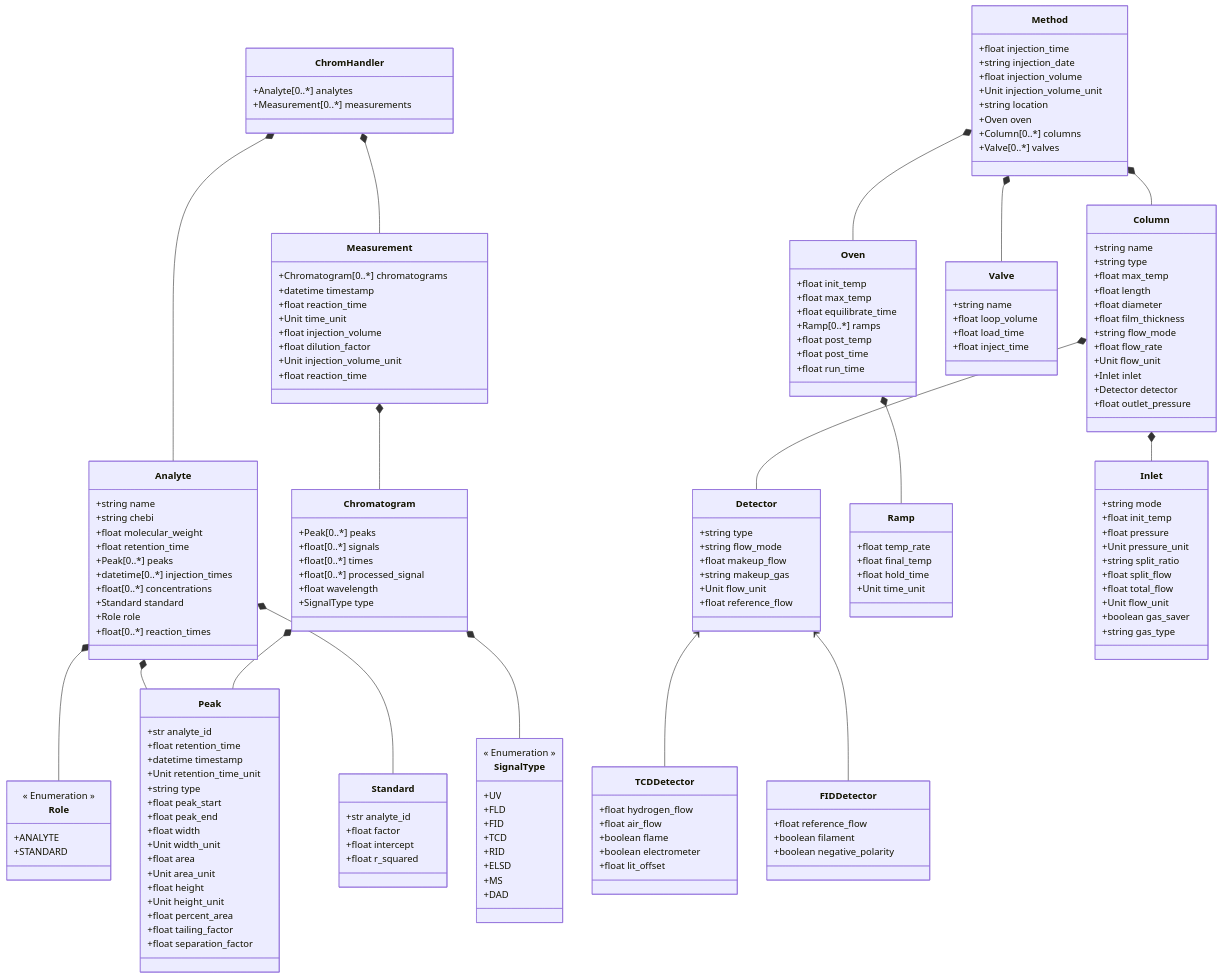
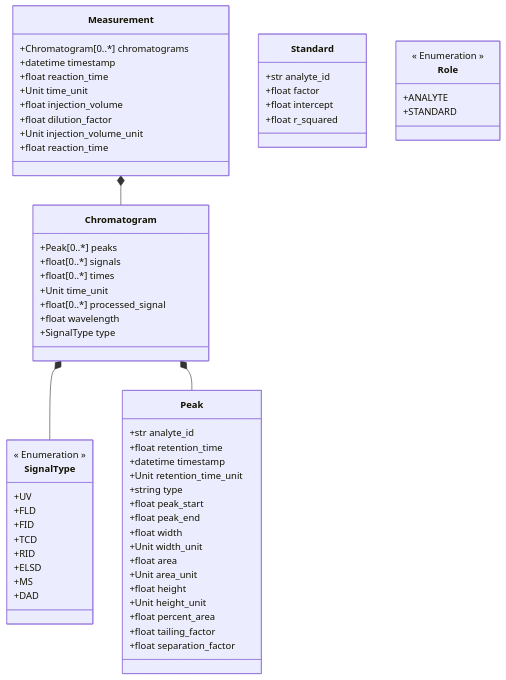
One commit to FAIRChemistry/chromatopy changed the diagram in chromatopy/schemes/chromatopy_schema.md. Above: the diagram before and after it, drawn with Mermaid. The commit also changed 634 other files, not shown here.

````diff
--- a/chromatopy/schemes/chromatopy_schema.md
+++ b/chromatopy/schemes/chromatopy_schema.md
@@ -1,39 +1,8 @@
 ```mermaid
 classDiagram
-    Detector <-- TCDDetector
-    Detector <-- FIDDetector
-    ChromHandler *-- Analyte
-    ChromHandler *-- Measurement
-    Analyte *-- Role
-    Analyte *-- Peak
-    Analyte *-- Standard
     Measurement *-- Chromatogram
     Chromatogram *-- SignalType
     Chromatogram *-- Peak
-    Method *-- Oven
-    Method *-- Column
-    Method *-- Valve
-    Oven *-- Ramp
-    Column *-- Inlet
-    Column *-- Detector
-    
-    class ChromHandler {
-        +Analyte[0..*] analytes
-        +Measurement[0..*] measurements
-    }
-    
-    class Analyte {
-        +string name
-        +string chebi
-        +float molecular_weight
-        +float retention_time
-        +Peak[0..*] peaks
-        +datetime[0..*] injection_times
-        +float[0..*] concentrations
-        +Standard standard
-        +Role role
-        +float[0..*] reaction_times
-    }
     
     class Measurement {
         +Chromatogram[0..*] chromatograms
@@ -50,6 +19,7 @@
         +Peak[0..*] peaks
         +float[0..*] signals
         +float[0..*] times
+        +Unit time_unit
         +float[0..*] processed_signal
         +float wavelength
         +SignalType type
@@ -81,92 +51,6 @@
         +float r_squared
     }
     
-    class Method {
-        +float injection_time
-        +string injection_date
-        +float injection_volume
-        +Unit injection_volume_unit
-        +string location
-        +Oven oven
-        +Column[0..*] columns
-        +Valve[0..*] valves
-    }
-    
-    class Oven {
-        +float init_temp
-        +float max_temp
-        +float equilibrate_time
-        +Ramp[0..*] ramps
-        +float post_temp
-        +float post_time
-        +float run_time
-    }
-    
-    class Ramp {
-        +float temp_rate
-        +float final_temp
-        +float hold_time
-        +Unit time_unit
-    }
-    
-    class Inlet {
-        +string mode
-        +float init_temp
-        +float pressure
-        +Unit pressure_unit
-        +string split_ratio
-        +float split_flow
-        +float total_flow
-        +Unit flow_unit
-        +boolean gas_saver
-        +string gas_type
-    }
-    
-    class Column {
-        +string name
-        +string type
-        +float max_temp
-        +float length
-        +float diameter
-        +float film_thickness
-        +string flow_mode
-        +float flow_rate
-        +Unit flow_unit
-        +Inlet inlet
-        +Detector detector
-        +float outlet_pressure
-    }
-    
-    class Detector {
-        +string type
-        +string flow_mode
-        +float makeup_flow
-        +string makeup_gas
-        +Unit flow_unit
-        +float reference_flow
-    }
-    
-    class TCDDetector {
-        +float hydrogen_flow
-        +float air_flow
-        +boolean flame
-        +boolean electrometer
-        +float lit_offset
-    }
-    
-    class FIDDetector {
-        +float reference_flow
-        +boolean filament
-        +boolean negative_polarity
-    }
-    
-    class Valve {
-        +string name
-        +float loop_volume
-        +float load_time
-        +float inject_time
-    }
-    
     class SignalType {
         << Enumeration >>
         +UV
````
